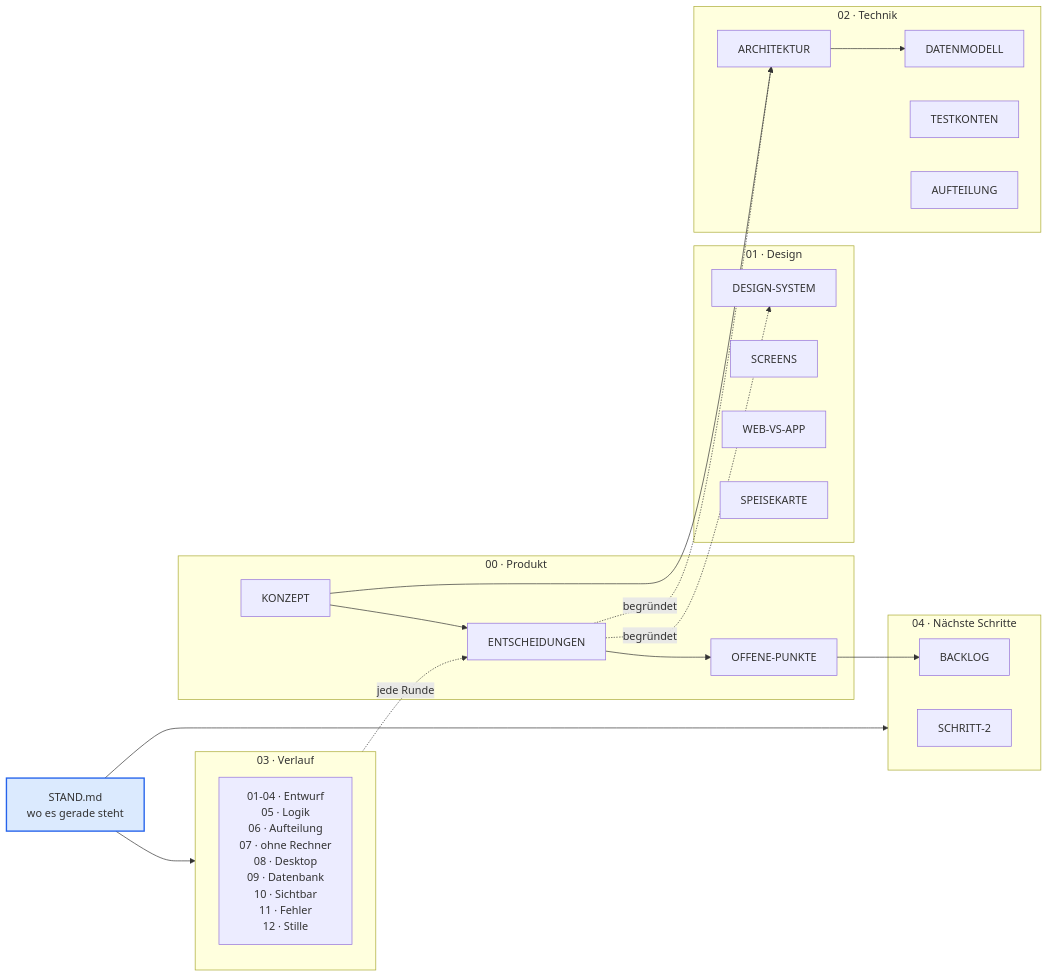
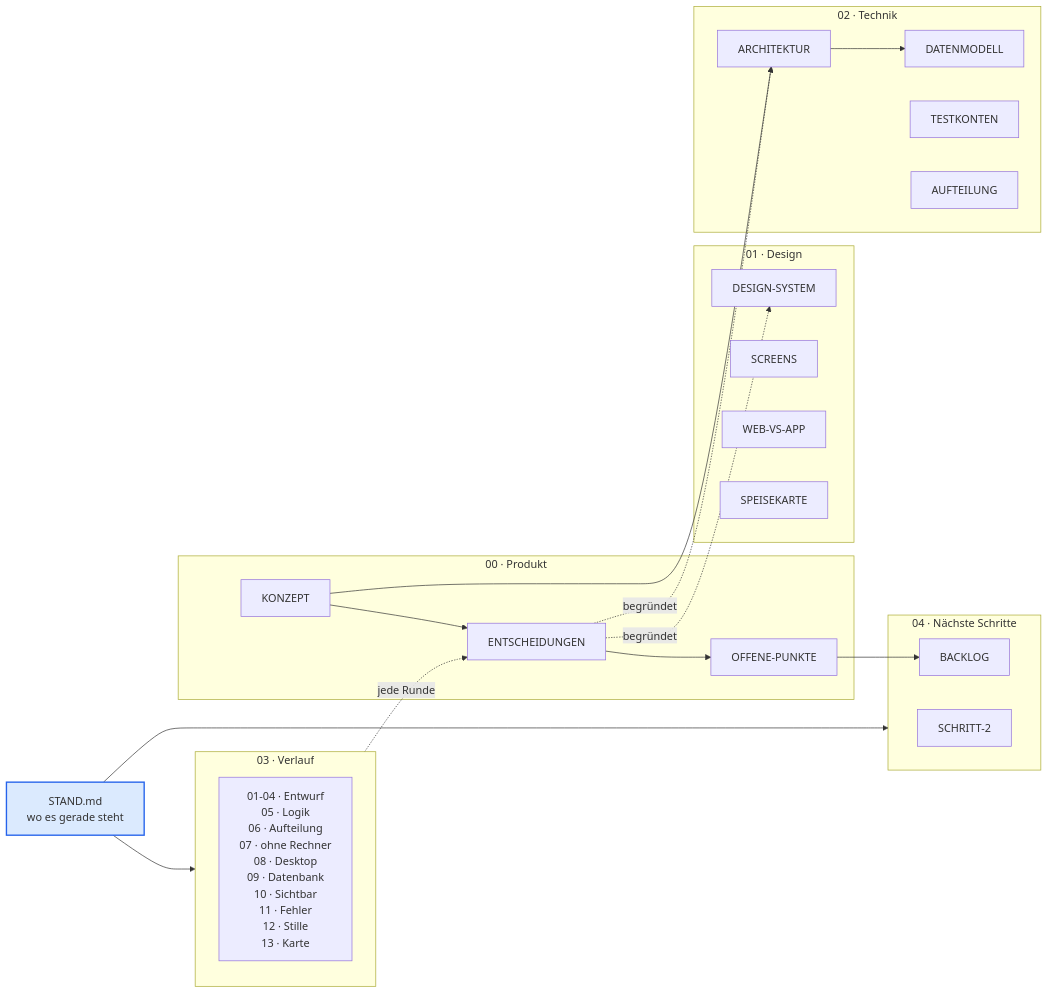
One commit to todidervogel/Brain changed the diagram in README.md. Above: the diagram before and after it, drawn with Mermaid. The commit also changed 5 other files, not shown here.

````diff
--- a/README.md
+++ b/README.md
@@ -28,41 +28,41 @@
 ```mermaid
 flowchart LR
     STAND["STAND.md<br/>wo es gerade steht"]
 
     subgraph P ["00 · Produkt"]
         K[KONZEPT]
         E[ENTSCHEIDUNGEN]
         O[OFFENE-PUNKTE]
     end
     subgraph D ["01 · Design"]
         DS[DESIGN-SYSTEM]
         SC[SCREENS]
         WA[WEB-VS-APP]
         SP[SPEISEKARTE]
     end
     subgraph T ["02 · Technik"]
         AR[ARCHITEKTUR]
         DM[DATENMODELL]
         TK[TESTKONTEN]
         AU[AUFTEILUNG]
     end
     subgraph V ["03 · Verlauf"]
-        VR["01-04 · Entwurf<br/>05 · Logik<br/>06 · Aufteilung<br/>07 · ohne Rechner<br/>08 · Desktop<br/>09 · Datenbank<br/>10 · Sichtbar<br/>11 · Fehler<br/>12 · Stille"]
+        VR["01-04 · Entwurf<br/>05 · Logik<br/>06 · Aufteilung<br/>07 · ohne Rechner<br/>08 · Desktop<br/>09 · Datenbank<br/>10 · Sichtbar<br/>11 · Fehler<br/>12 · Stille<br/>13 · Karte"]
     end
     subgraph N ["04 · Nächste Schritte"]
         S2[SCHRITT-2]
         BL[BACKLOG]
     end
 
     STAND --> V
     STAND --> N
     K --> E --> O
     K --> AR
     E -.begründet.-> DS
     E -.begründet.-> AR
     AR --> DM
     V -.jede Runde.-> E
     O --> BL
 
     style STAND fill:#dbeafe,stroke:#2563eb,stroke-width:2px
 ```
````
